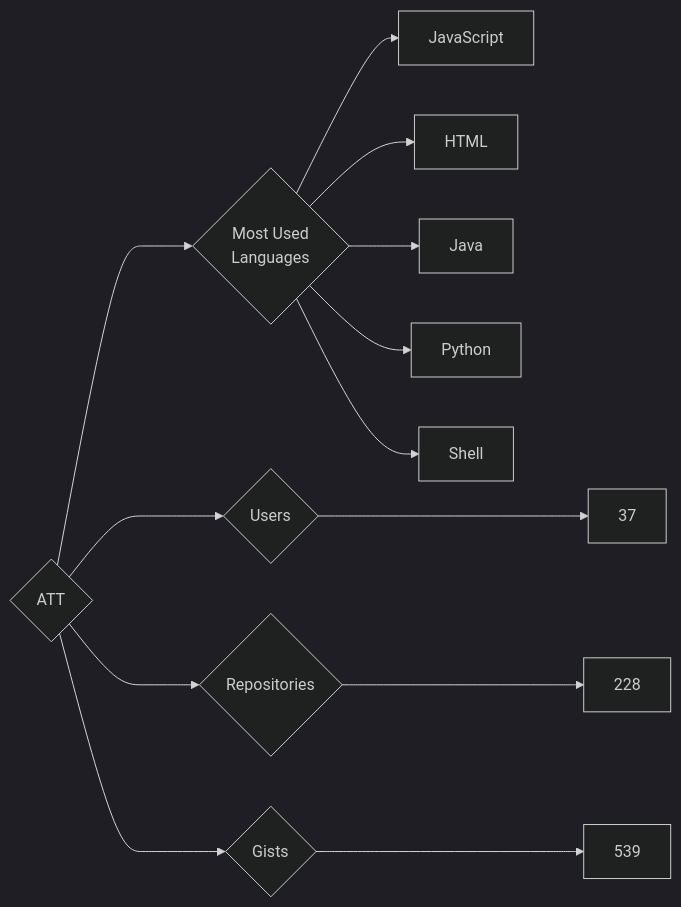
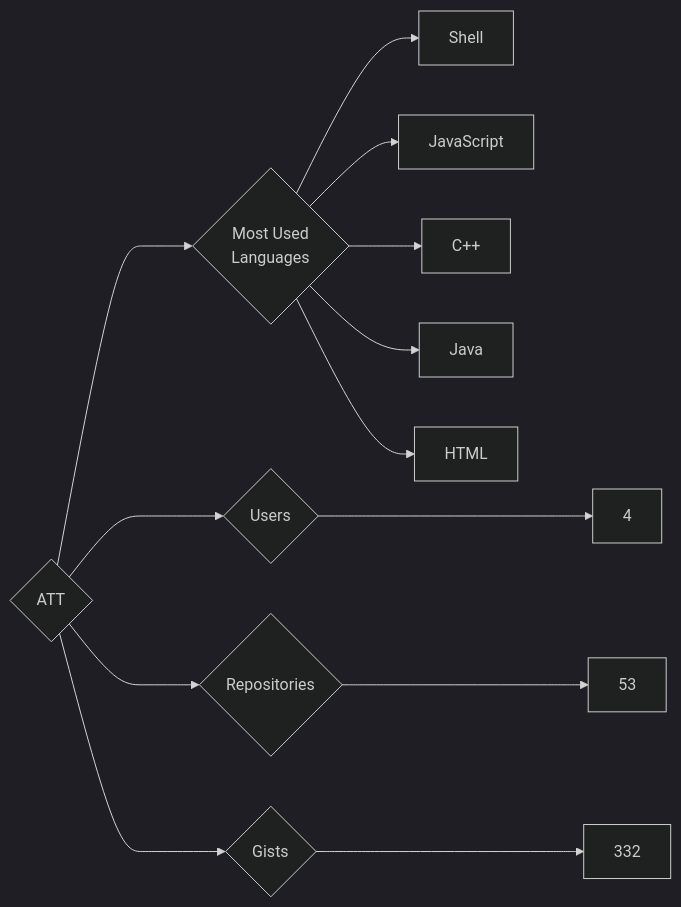
The diagram in targets/ATT/README.md (trickest/insiders), drawn with Mermaid (dark theme) before and after one commit. The commit also changed 914 other files, not shown here.

````diff
--- a/targets/ATT/README.md
+++ b/targets/ATT/README.md
@@ -3,13 +3,13 @@
 ```mermaid
 graph LR
 COMPANY_NAME{ATT}
-COMPANY_NAME ---> U{Users} ---> UN[37]
-COMPANY_NAME ---> R{Repositories} ---> RN[228]
-COMPANY_NAME ---> G{Gists} ---> GN[539]
+COMPANY_NAME ---> U{Users} ---> UN[4]
+COMPANY_NAME ---> R{Repositories} ---> RN[53]
+COMPANY_NAME ---> G{Gists} ---> GN[332]
 COMPANY_NAME ---> ML{Most Used<br>Languages}
+ML --> Shell[Shell]
 ML --> JavaScript[JavaScript]
+ML --> C++[C++]
+ML --> Java[Java]
 ML --> HTML[HTML]
-ML --> Java[Java]
-ML --> Python[Python]
-ML --> Shell[Shell]
 ```
````
